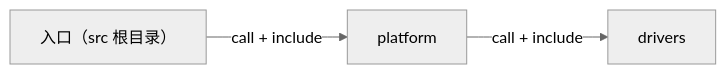
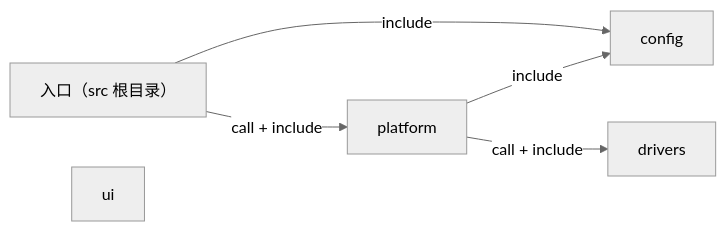
The first of 2 diagrams in docs/02-digital/代码图谱.md (Not1Fun/HT), drawn with Mermaid (neutral theme) before and after one commit. The commit also changed other lines of this file and 20 other files, not shown here.

````diff
--- a/docs/02-digital/代码图谱.md
+++ b/docs/02-digital/代码图谱.md
@@ -30,8 +30,12 @@
 ```mermaid
 flowchart LR
     M0["入口（src 根目录）"]
-    M1["drivers"]
-    M2["platform"]
-    M0 -->|call + include| M2
-    M2 -->|call + include| M1
+    M1["config"]
+    M2["drivers"]
+    M3["platform"]
+    M4["ui"]
+    M0 -->|include| M1
+    M0 -->|call + include| M3
+    M3 -->|include| M1
+    M3 -->|call + include| M2
 ```
````
